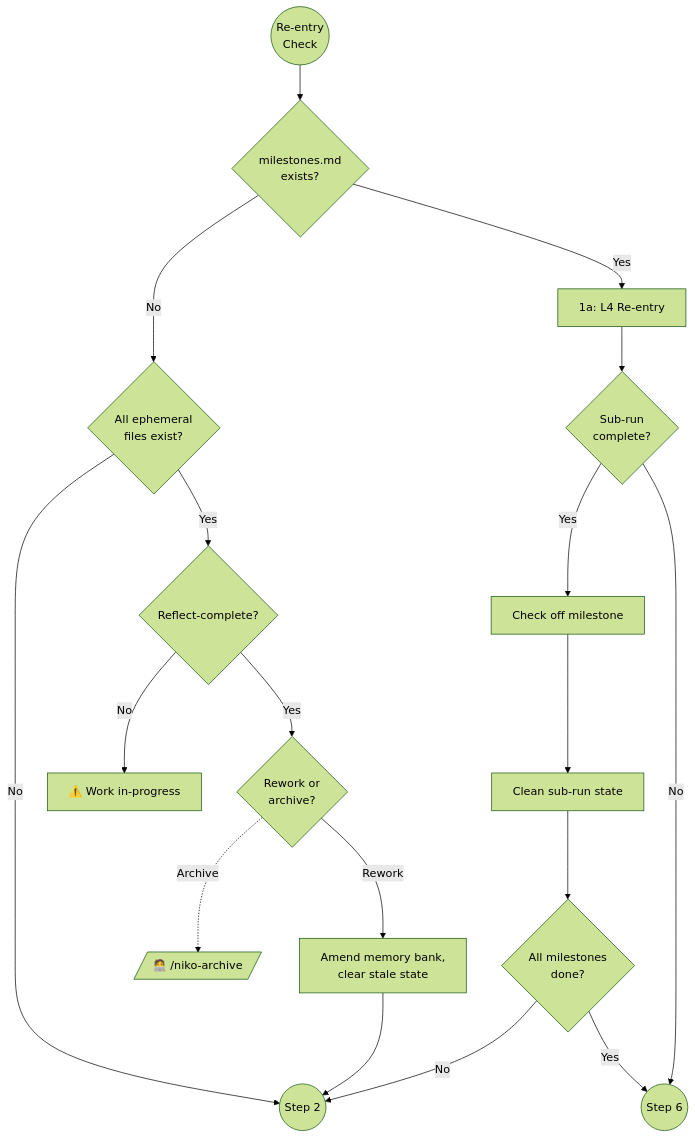
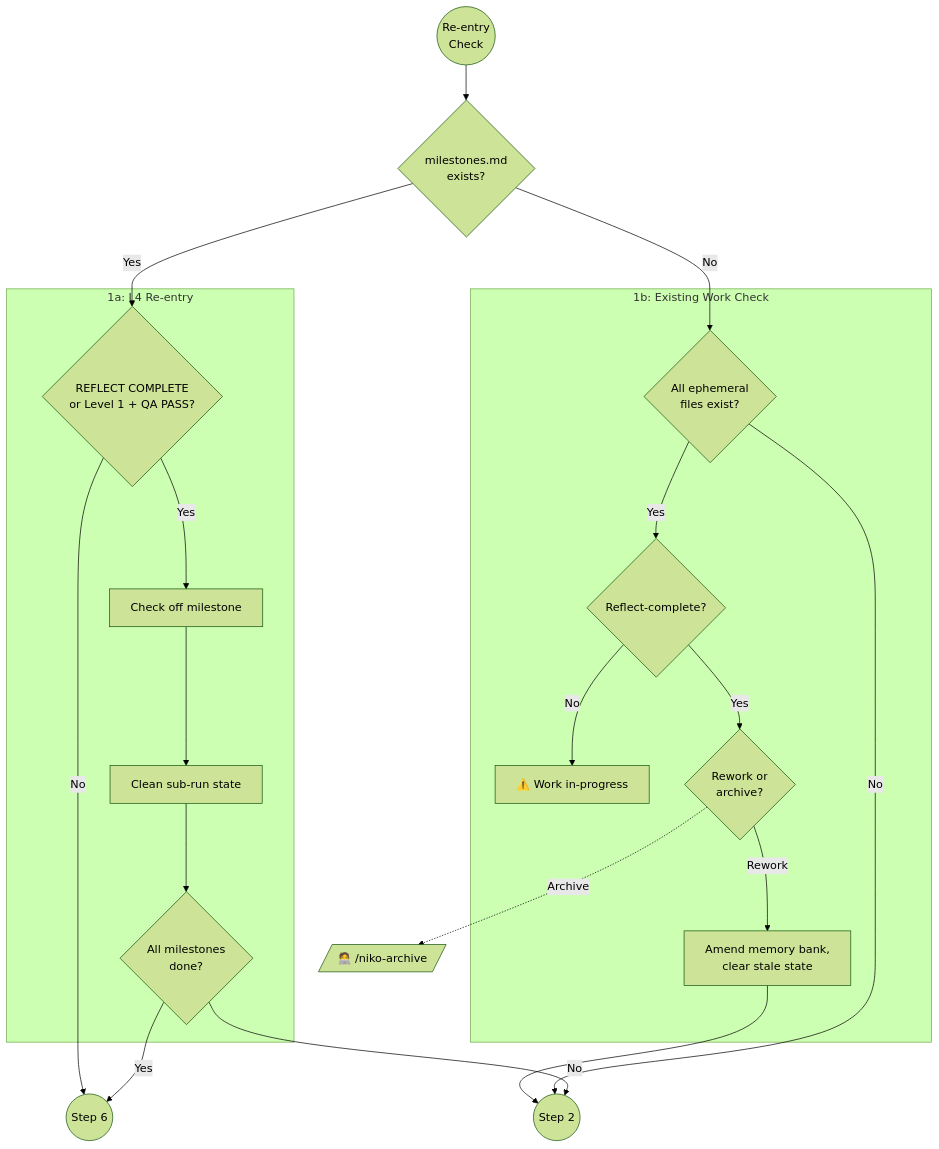
Before and after one commit to Texarkanine/.cursor-rules: the first of 2 diagrams in rulesets/niko/niko/core/complexity-analysis.mdc, drawn with Mermaid (forest theme). The commit also changed other lines of this file, not shown here.

First line of the commit message:
fix: restructure complexity-analysis re-entry with subgraphs

````diff
--- a/rulesets/niko/niko/core/complexity-analysis.mdc
+++ b/rulesets/niko/niko/core/complexity-analysis.mdc
@@ -13,20 +13,36 @@
 ```mermaid
 graph TD
     Start(("Re-entry<br>Check")) --> M{"milestones.md<br>exists?"}
-    M -->|"No"| E{"All ephemeral<br>files exist?"}
-    M -->|"Yes"| L4["1a: L4 Re-entry"]
-    L4 --> RC2{"Sub-run<br>complete?"}
-    RC2 -->|"Yes"| CheckOff["Check off milestone"]
-    CheckOff --> Cleanup["Clean sub-run state"]
-    Cleanup --> AllDone{"All milestones<br>done?"}
+
+    subgraph L4["1a: L4 Re-entry"]
+        RC2{"REFLECT COMPLETE<br>or Level 1 + QA PASS?"}
+        CheckOff["Check off milestone"]
+        Cleanup["Clean sub-run state"]
+        AllDone{"All milestones<br>done?"}
+    end
+
+    M -->|"Yes"| RC2
+    RC2 -->|"Yes"| CheckOff
+    CheckOff --> Cleanup
+    Cleanup --> AllDone
     AllDone -->|"No"| Step2
     AllDone -->|"Yes"| Step6(("Step 6"))
     RC2 -->|"No"| Step6
+
+    subgraph Existing["1b: Existing Work Check"]
+        E{"All ephemeral<br>files exist?"}
+        RC{"Reflect-complete?"}
+        Warn["⚠️ Work in-progress"]
+        Ask{"Rework or<br>archive?"}
+        Rework["Amend memory bank,<br>clear stale state"]
+    end
+
+    M -->|"No"| E
     E -->|"No"| Step2(("Step 2"))
-    E -->|"Yes"| RC{"Reflect-complete?"}
-    RC -->|"No"| Warn["⚠️ Work in-progress"]
-    RC -->|"Yes"| Ask{"Rework or<br>archive?"}
+    E -->|"Yes"| RC
+    RC -->|"No"| Warn
+    RC -->|"Yes"| Ask
     Ask -.->|"Archive"| Archive[/"🧑‍💻 /niko-archive"/]
-    Ask -->|"Rework"| Rework["Amend memory bank,<br>clear stale state"]
+    Ask -->|"Rework"| Rework
     Rework --> Step2
 ```
````
